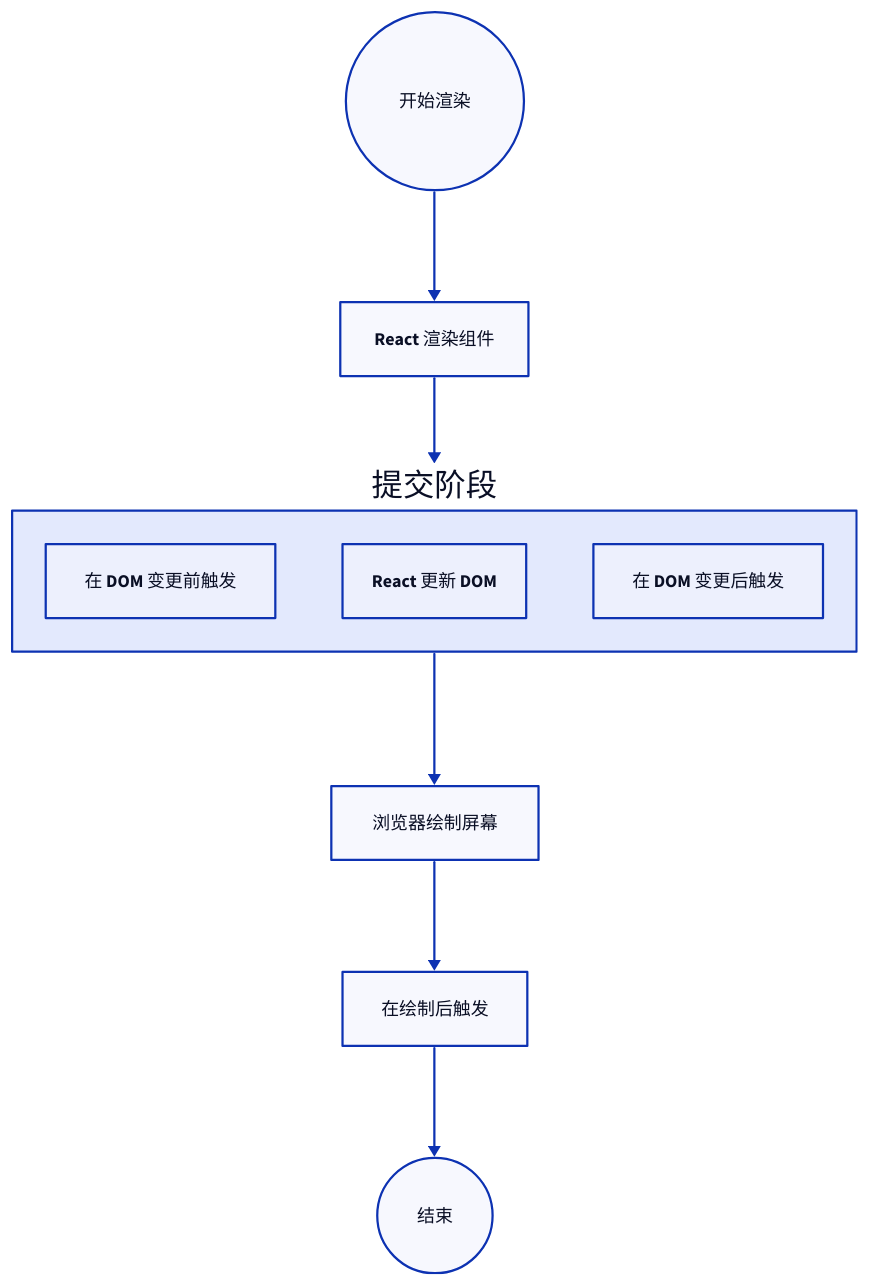
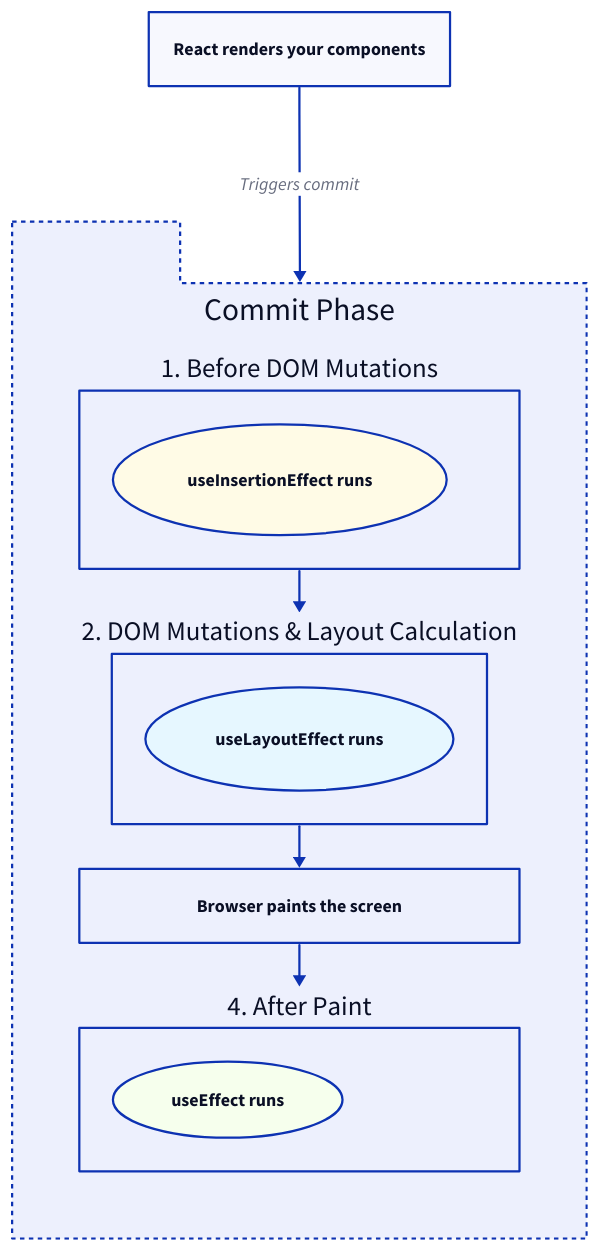
Before and after one commit to lban2049/react: the diagram in packages/react/.aigne/doc-smith/docs/hooks-effect.zh.md, drawn with D2. The commit also changed other lines of this file and 46 other files, not shown here.

````diff
--- a/packages/react/.aigne/doc-smith/docs/hooks-effect.zh.md
+++ b/packages/react/.aigne/doc-smith/docs/hooks-effect.zh.md
@@ -11,29 +154,52 @@
 ```d2
 direction: down
 
-"开始渲染": {
-  shape: circle
+"Render Phase": {
+  shape: rectangle
+  label: "React renders your components"
 }
 
-"渲染阶段": "React 渲染组件"
+"Commit Phase": {
+  shape: package
+  grid-columns: 1
+  style.stroke-dash: 2
 
-"提交阶段": {
-  "1. useInsertionEffect": "在 DOM 变更前触发"
-  "2. DOM 变更": "React 更新 DOM"
-  "3. useLayoutEffect": "在 DOM 变更后触发"
+  "1. Before DOM Mutations": {
+    shape: rectangle
+    
+    "useInsertionEffect runs": {
+      shape: oval
+      style.fill: "#fffbe6"
+    }
+  }
+
+  "2. DOM Mutations & Layout Calculation": {
+    shape: rectangle
+
+    "useLayoutEffect runs": {
+      shape: oval
+      style.fill: "#e6f7ff"
+    }
+  }
+
+  "3. Browser Painting": {
+    shape: rectangle
+    label: "Browser paints the screen"
+  }
+  
+  "4. After Paint": {
+    shape: rectangle
+    
+    "useEffect runs": {
+      shape: oval
+      style.fill: "#f6ffed"
+    }
+  }
 }
 
-"浏览器绘制": "浏览器绘制屏幕"
+"Render Phase" -> "Commit Phase": "Triggers commit"
+"Commit Phase"."1. Before DOM Mutations" -> "Commit Phase"."2. DOM Mutations & Layout Calculation"
+"Commit Phase"."2. DOM Mutations & Layout Calculation" -> "Commit Phase"."3. Browser Painting"
+"Commit Phase"."3. Browser Painting" -> "Commit Phase"."4. After Paint"
 
-"useEffect": "在绘制后触发"
-
-"结束": {
-  shape: circle
-}
-
-"开始渲染" -> "渲染阶段"
-"渲染阶段" -> "提交阶段"
-"提交阶段" -> "浏览器绘制"
-"浏览器绘制" -> "useEffect"
-"useEffect" -> "结束"
 ```
````
